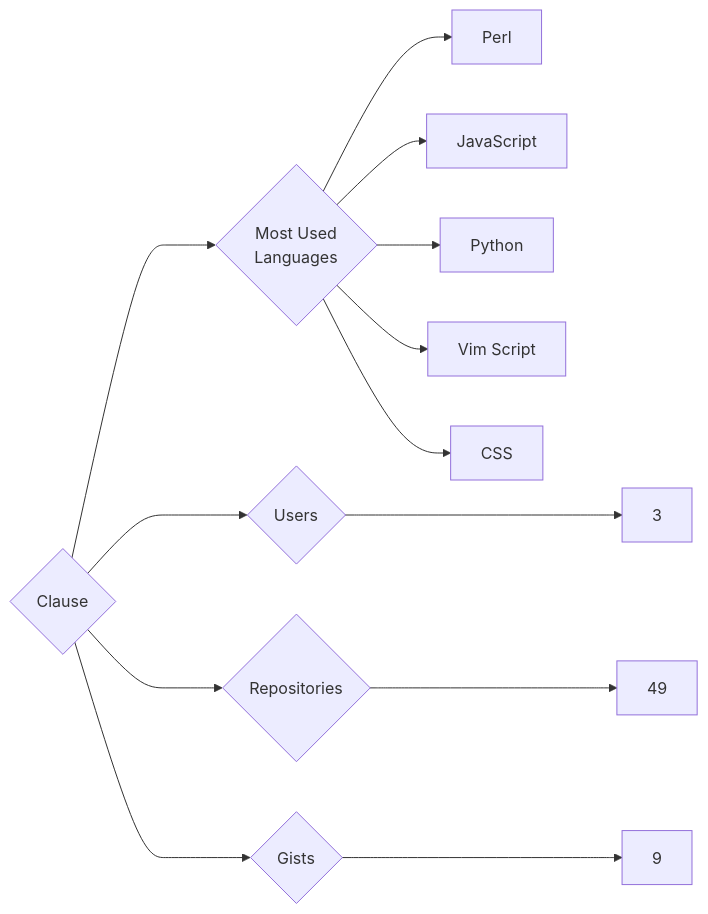
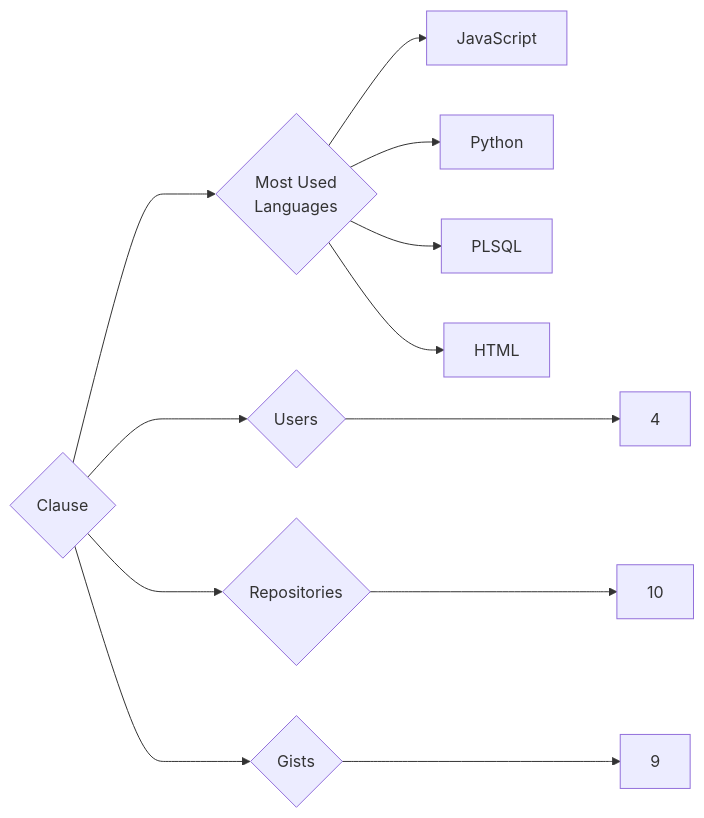
The diagram in targets/Clause/README.md (trickest/insiders), drawn with Mermaid before and after one commit. The commit also changed 783 other files, not shown here.

````diff
--- a/targets/Clause/README.md
+++ b/targets/Clause/README.md
@@ -3,13 +3,12 @@
 ```mermaid
 graph LR
 COMPANY_NAME{Clause}
-COMPANY_NAME ---> U{Users} ---> UN[3]
-COMPANY_NAME ---> R{Repositories} ---> RN[49]
+COMPANY_NAME ---> U{Users} ---> UN[4]
+COMPANY_NAME ---> R{Repositories} ---> RN[10]
 COMPANY_NAME ---> G{Gists} ---> GN[9]
 COMPANY_NAME ---> ML{Most Used<br>Languages}
-ML --> Perl[Perl]
 ML --> JavaScript[JavaScript]
 ML --> Python[Python]
-ML --> Vim_Script[Vim Script]
-ML --> CSS[CSS]
+ML --> PLSQL[PLSQL]
+ML --> HTML[HTML]
 ```
````
